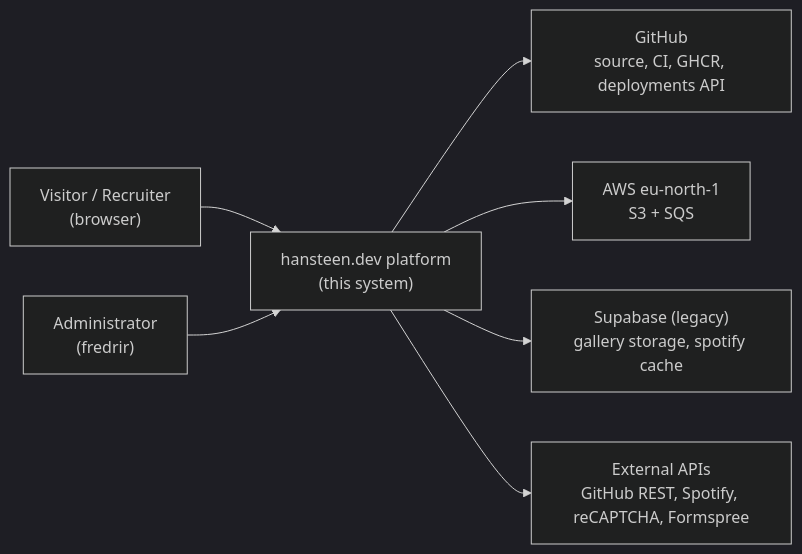
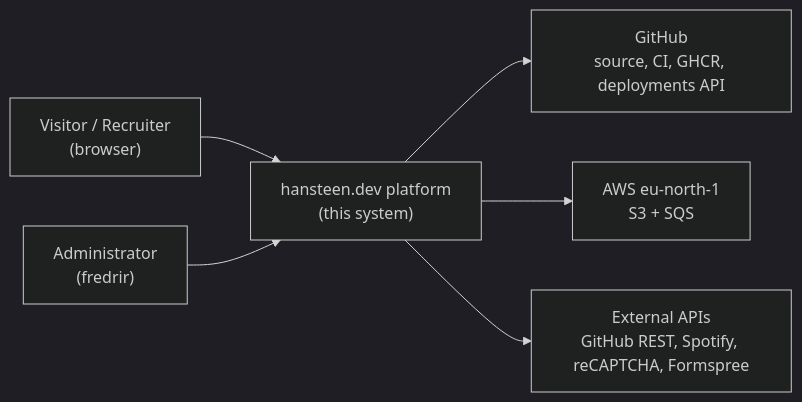
Before and after one commit to fredrir/portfolio: the first of 3 diagrams in docs/c4.md, drawn with Mermaid (dark theme). The commit also changed other lines of this file and 46 other files, not shown here.

````diff
--- a/docs/c4.md
+++ b/docs/c4.md
@@ -9,9 +9,8 @@
 ```mermaid
 flowchart LR
     V["Visitor / Recruiter<br/>(browser)"] --> CF["hansteen.dev platform<br/>(this system)"]
     A["Administrator<br/>(fredrir)"] --> CF
     CF --> GH["GitHub<br/>source, CI, GHCR, deployments API"]
     CF --> AWS["AWS eu-north-1<br/>S3 + SQS"]
-    CF --> SB["Supabase (legacy)<br/>gallery storage, spotify cache"]
     CF --> EXT["External APIs<br/>GitHub REST, Spotify, reCAPTCHA, Formspree"]
 ```
````
